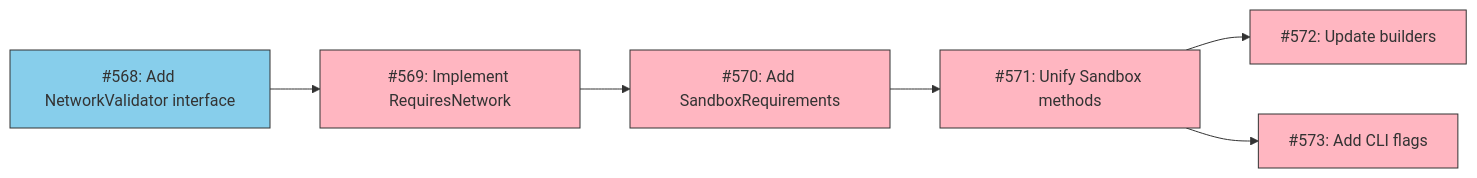
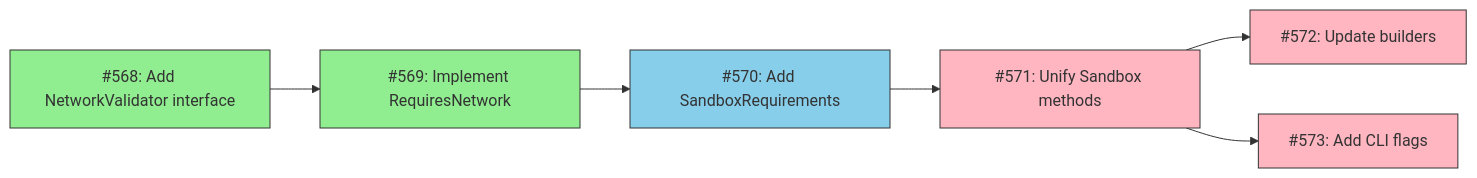
Before and after one commit to tsukumogami/tsuku: the diagram in docs/DESIGN-install-sandbox.md, drawn with Mermaid. The commit also changed 15 other files, not shown here.

First line of the commit message:
feat(actions): add NetworkValidator interface for sandbox testing (#578)

````diff
--- a/docs/DESIGN-install-sandbox.md
+++ b/docs/DESIGN-install-sandbox.md
@@ -22,12 +22,12 @@
 ```mermaid
 graph LR
     classDef done fill:#90EE90,stroke:#333
     classDef ready fill:#87CEEB,stroke:#333
     classDef blocked fill:#FFB6C1,stroke:#333
 
-    I568[#568: Add NetworkValidator interface]:::ready --> I569[#569: Implement RequiresNetwork]:::blocked
-    I569 --> I570[#570: Add SandboxRequirements]:::blocked
+    I568[#568: Add NetworkValidator interface]:::done --> I569[#569: Implement RequiresNetwork]:::done
+    I569 --> I570[#570: Add SandboxRequirements]:::ready
     I570 --> I571[#571: Unify Sandbox methods]:::blocked
     I571 --> I572[#572: Update builders]:::blocked
     I571 --> I573[#573: Add CLI flags]:::blocked
 ```
````
